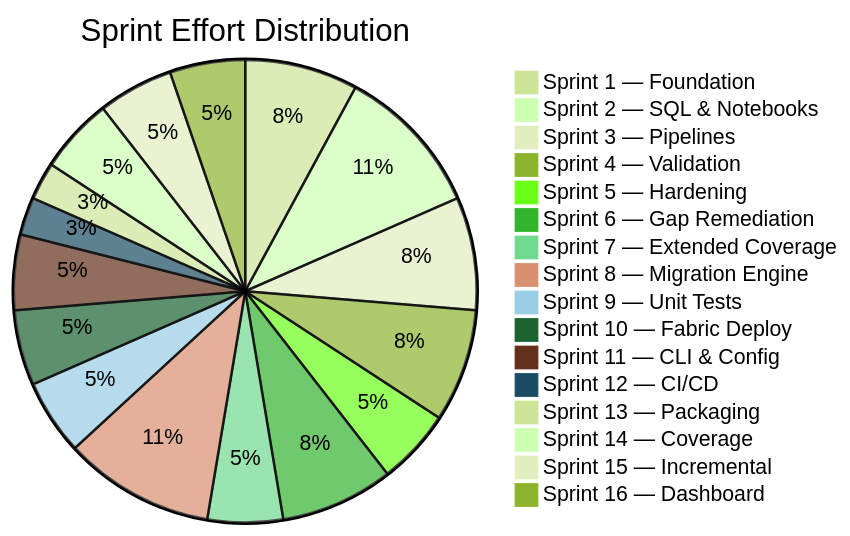
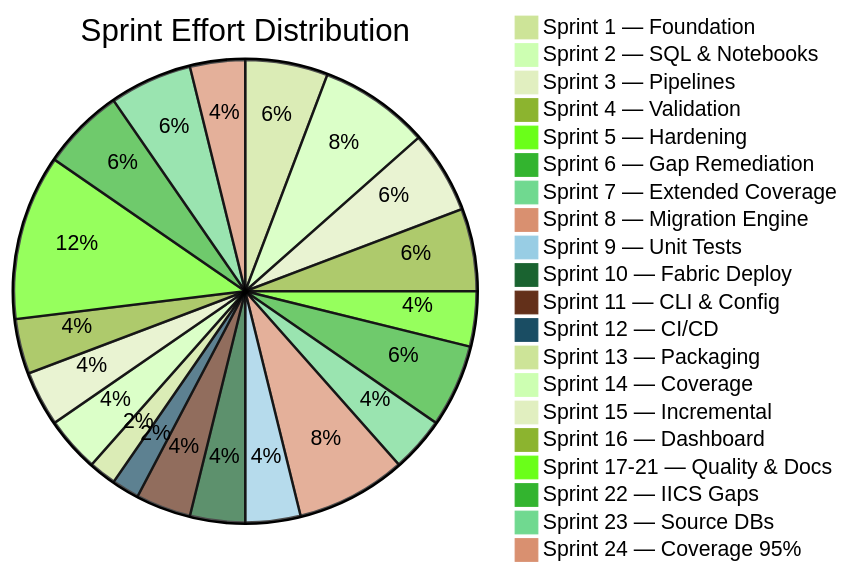
One commit to cyphou/InformaticaToFabric changed the eighth of 8 diagrams in DEVELOPMENT_PLAN.md. Above: the diagram before and after it, drawn with Mermaid (forest theme). The commit also changed other lines of this file and 7 other files, not shown here.

Commit message:
Update all docs + plan Sprints 22-24 (IICS gaps, source DBs, 95% coverage)

````diff
--- a/DEVELOPMENT_PLAN.md
+++ b/DEVELOPMENT_PLAN.md
@@ -807,19 +870,23 @@
 ```mermaid
 pie title Sprint Effort Distribution
     "Sprint 1 — Foundation" : 15
     "Sprint 2 — SQL & Notebooks" : 20
     "Sprint 3 — Pipelines" : 15
     "Sprint 4 — Validation" : 15
     "Sprint 5 — Hardening" : 10
     "Sprint 6 — Gap Remediation" : 15
     "Sprint 7 — Extended Coverage" : 10
     "Sprint 8 — Migration Engine" : 20
     "Sprint 9 — Unit Tests" : 10
     "Sprint 10 — Fabric Deploy" : 10
     "Sprint 11 — CLI & Config" : 10
     "Sprint 12 — CI/CD" : 5
     "Sprint 13 — Packaging" : 5
     "Sprint 14 — Coverage" : 10
     "Sprint 15 — Incremental" : 10
     "Sprint 16 — Dashboard" : 10
+    "Sprint 17-21 — Quality & Docs" : 30
+    "Sprint 22 — IICS Gaps" : 15
+    "Sprint 23 — Source DBs" : 15
+    "Sprint 24 — Coverage 95%" : 10
 ```
````
